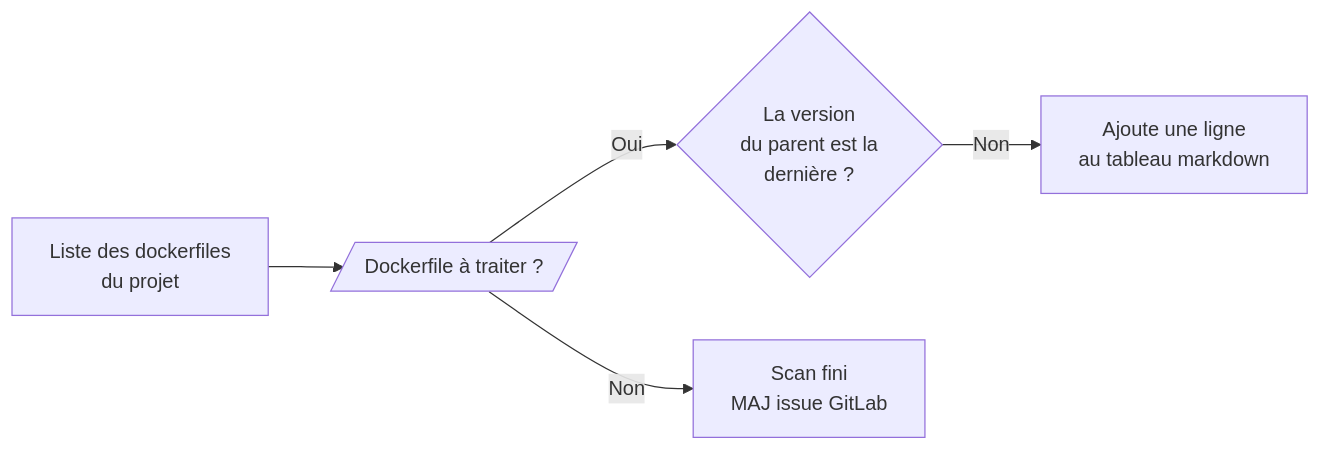
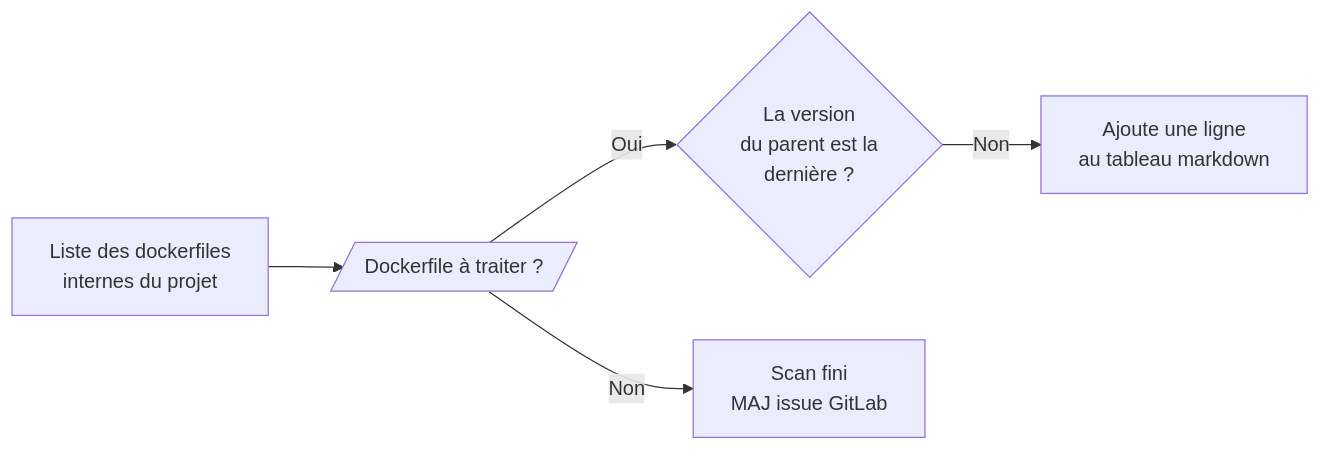
Before and after one commit to messagerie-melanie2/cicd-yaml: the first of 2 diagrams in docs/modules/DETECT_DEBT.md, drawn with Mermaid. The commit also changed other lines of this file, not shown here.

````diff
--- a/docs/modules/DETECT_DEBT.md
+++ b/docs/modules/DETECT_DEBT.md
@@ -15,7 +20,7 @@
 ```mermaid
 flowchart LR
-    A[Liste des dockerfiles <br> du projet] --> B[/"Dockerfile à traiter ?"/]
+    A[Liste des dockerfiles <br> internes du projet] --> B[/"Dockerfile à traiter ?"/]
     B -- Oui --> C{La version <br> du parent est la <br> dernière ?}
     C -- Non --> D[Ajoute une ligne <br> au tableau markdown]
     B -- Non --> E[Scan fini <br> MAJ issue GitLab]
 ```
````
